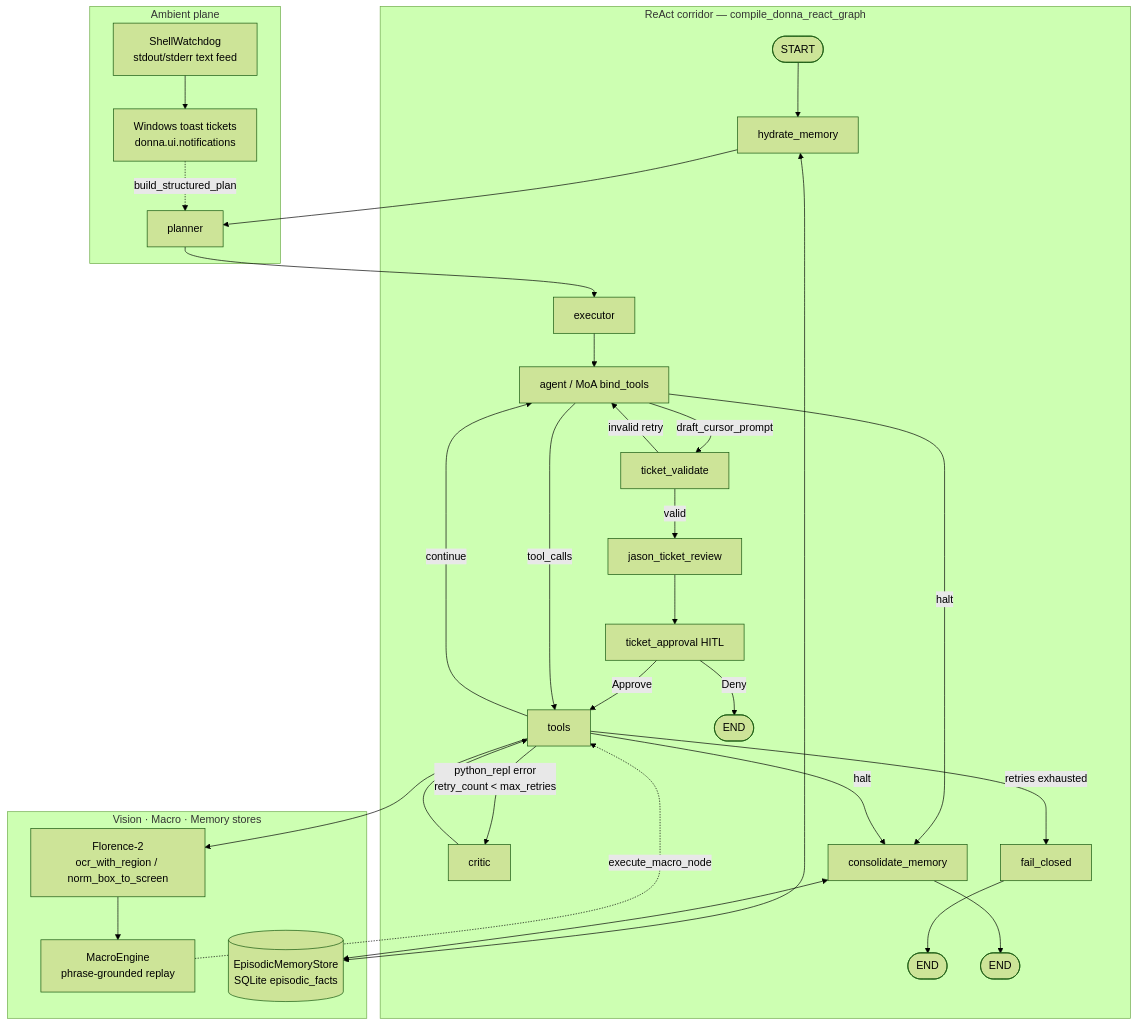
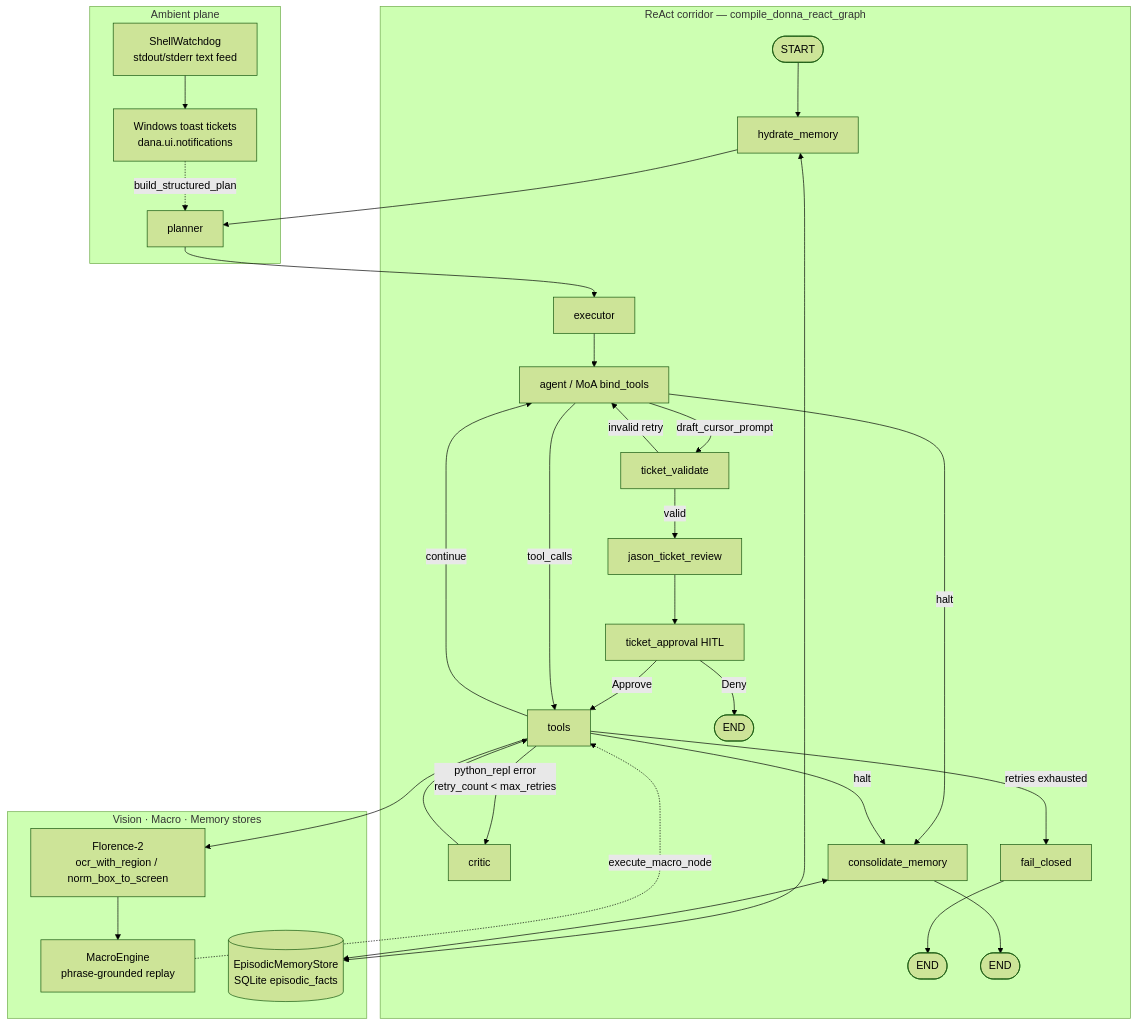
The diagram in docs/WHITE_PAPER.md (Cascade-Router/Dana), drawn with Mermaid (forest theme) before and after one commit. The commit also changed other lines of this file and 395 other files, not shown here.

Commit message:
refactor(package): migrate internal package name and directory structure from donna to dana

````diff
--- a/docs/WHITE_PAPER.md
+++ b/docs/WHITE_PAPER.md
@@ -55,48 +55,48 @@
 ```mermaid
 flowchart TB
   subgraph Ambient["Ambient plane"]
     WD[ShellWatchdog<br/>stdout/stderr text feed]
-    TOAST[Windows toast tickets<br/>donna.ui.notifications]
+    TOAST[Windows toast tickets<br/>dana.ui.notifications]
     WD --> TOAST
     TOAST -.->|build_structured_plan| PL
   end
 
   subgraph Corridor["ReAct corridor — compile_donna_react_graph"]
     HM[hydrate_memory]
     PL[planner]
     EX[executor]
     AG[agent / MoA bind_tools]
     TV[ticket_validate]
     JR[jason_ticket_review]
     TA[ticket_approval HITL]
     TL[tools]
     CR[critic]
     FC[fail_closed]
     CM[consolidate_memory]
 
     START([START]) --> HM --> PL --> EX --> AG
     AG -->|draft_cursor_prompt| TV
     TV -->|valid| JR --> TA
     TV -->|invalid retry| AG
     TA -->|Approve| TL
     TA -->|Deny| END1([END])
     AG -->|tool_calls| TL
     TL -->|python_repl error<br/>retry_count < max_retries| CR --> TL
     TL -->|retries exhausted| FC --> END2([END])
     TL -->|continue| AG
     AG -->|halt| CM --> END3([END])
     TL -->|halt| CM
   end
 
   subgraph Actuation["Vision · Macro · Memory stores"]
     FL[Florence-2<br/>ocr_with_region / norm_box_to_screen]
     ME[MacroEngine<br/>phrase-grounded replay]
     EM[(EpisodicMemoryStore<br/>SQLite episodic_facts)]
   end
 
   TL --> FL
   ME -.->|execute_macro_node| TL
   HM <--> EM
   CM <--> EM
   FL --> ME
 ```
````
